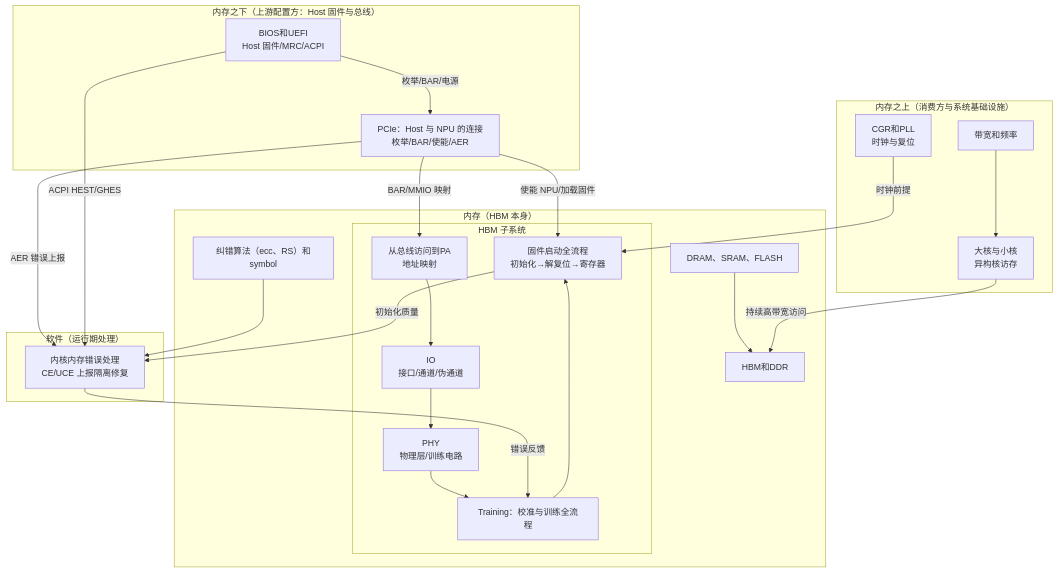
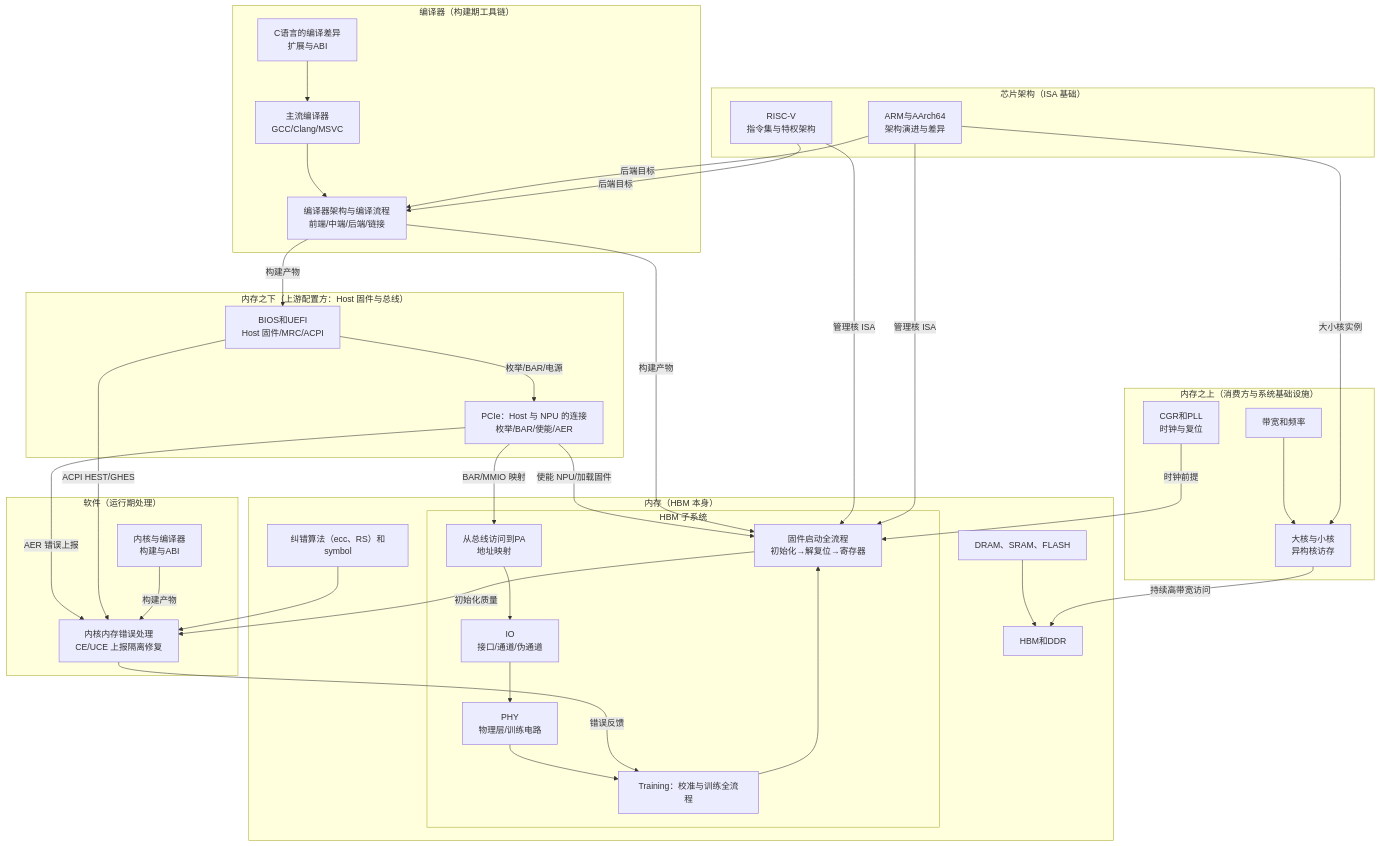
Before and after one commit to CheChc/notes-and-skills: the diagram in notes/计算机系统架构/学习地图.md, drawn with Mermaid. The commit also changed other lines of this file and 6 other files, not shown here.

Commit message:
新增编译器与芯片架构分类共 6 篇笔记，更新学习地图（主线 C 构建）

````diff
--- a/notes/计算机系统架构/学习地图.md
+++ b/notes/计算机系统架构/学习地图.md
@@ -20,44 +23,64 @@
 ```mermaid
 graph TD
     subgraph "内存之下（上游配置方：Host 固件与总线）"
         BIOS["BIOS和UEFI<br/>Host 固件/MRC/ACPI"]
         PCIE["PCIe：Host 与 NPU 的连接<br/>枚举/BAR/使能/AER"]
     end
     subgraph "内存（HBM 本身）"
         BASE["DRAM、SRAM、FLASH"]
         ECC["纠错算法（ecc、RS）和symbol"]
         HD["HBM和DDR"]
         subgraph "HBM 子系统"
             IO["IO<br/>接口/通道/伪通道"]
             PHY["PHY<br/>物理层/训练电路"]
             PA["从总线访问到PA<br/>地址映射"]
             BOOT["固件启动全流程<br/>初始化→解复位→寄存器"]
             TR["Training：校准与训练全流程"]
         end
     end
     subgraph "内存之上（消费方与系统基础设施）"
         CGR["CGR和PLL<br/>时钟与复位"]
         BW["带宽和频率"]
         CORE["大核与小核<br/>异构核访存"]
     end
     subgraph "软件（运行期处理）"
         KERNEL["内核内存错误处理<br/>CE/UCE 上报隔离修复"]
+        KCP["内核与编译器<br/>构建与ABI"]
+    end
+    subgraph "芯片架构（ISA 基础）"
+        RV["RISC-V<br/>指令集与特权架构"]
+        ARM["ARM与AArch64<br/>架构演进与差异"]
+    end
+    subgraph "编译器（构建期工具链）"
+        COMP1["编译器架构与编译流程<br/>前端/中端/后端/链接"]
+        COMP2["主流编译器<br/>GCC/Clang/MSVC"]
+        COMP3["C语言的编译差异<br/>扩展与ABI"]
     end
 
     BIOS -->|"枚举/BAR/电源"| PCIE
     PCIE -->|"使能 NPU/加载固件"| BOOT
     PCIE -->|"BAR/MMIO 映射"| PA
     PCIE -->|"AER 错误上报"| KERNEL
     BIOS -->|"ACPI HEST/GHES"| KERNEL
     CGR -->|"时钟前提"| BOOT
     BASE --> HD
     ECC --> KERNEL
     IO --> PHY
     PHY --> TR
     TR --> BOOT
     PA --> IO
     BW --> CORE
     CORE -->|"持续高带宽访问"| HD
     BOOT -->|"初始化质量"| KERNEL
     KERNEL -->|"错误反馈"| TR
+    KCP -->|"构建产物"| KERNEL
+    COMP1 -->|"构建产物"| BOOT
+    COMP1 -->|"构建产物"| BIOS
+    COMP2 --> COMP1
+    COMP3 --> COMP2
+    ARM -->|"后端目标"| COMP1
+    RV -->|"后端目标"| COMP1
+    ARM -->|"大小核实例"| CORE
+    RV -->|"管理核 ISA"| BOOT
+    ARM -->|"管理核 ISA"| BOOT
 ```
````
